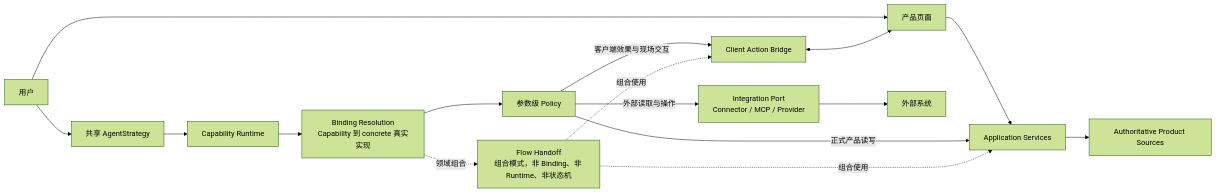
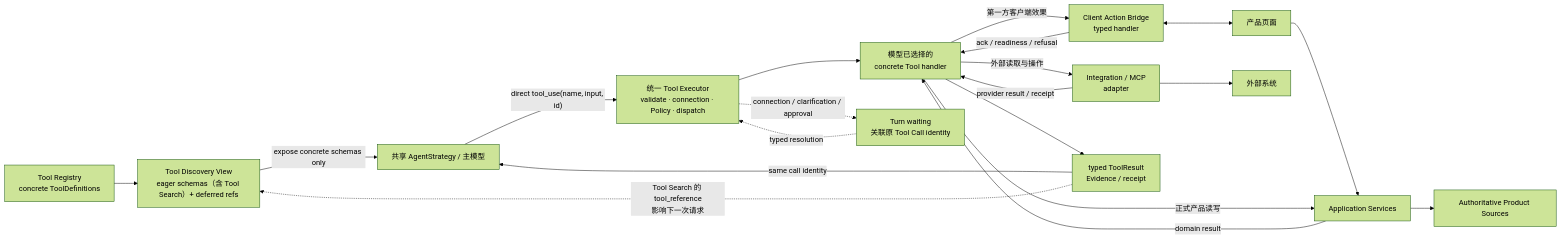
The third of 3 diagrams in docs/architecture/full-cycle-career-copilot.md (studyzhige-ui/Interview_Copilot), drawn with Mermaid (forest theme) before and after one commit. The commit also changed other lines of this file, not shown here.

Commit message:
docs: make tools the direct agent interface

````diff
--- a/docs/architecture/full-cycle-career-copilot.md
+++ b/docs/architecture/full-cycle-career-copilot.md
@@ -1235,22 +1235,26 @@
 ```mermaid
 flowchart LR
-    User["用户"] --> UI["产品页面"]
-    User --> Agent["共享 AgentStrategy"]
+    Registry["Tool Registry<br/>concrete ToolDefinitions"] --> Discovery["Tool Discovery View<br/>eager schemas（含 Tool Search）+ deferred refs"]
+    Discovery -->|"expose concrete schemas only"| Agent["共享 AgentStrategy / 主模型"]
+    Agent -->|"direct tool_use(name, input, id)"| Executor["统一 Tool Executor<br/>validate · connection · Policy · dispatch"]
+    Executor --> Handler["模型已选择的<br/>concrete Tool handler"]
 
-    Agent --> Runtime["Capability Runtime"]
-    Runtime --> Binding["Binding Resolution<br/>Capability 到 concrete 真实实现"]
-    Binding --> Policy["参数级 Policy"]
-
-    UI --> Services["Application Services"]
-    Policy -->|"正式产品读写"| Services
-    Policy -->|"客户端效果与现场交互"| Bridge["Client Action Bridge"]
-    Policy -->|"外部读取与操作"| Integration["Integration Port<br/>Connector / MCP / Provider"]
+    UI["产品页面"] --> Services["Application Services"]
+    Handler -->|"正式产品读写"| Services
+    Services -->|"domain result"| Handler
+    Handler -->|"第一方客户端效果"| Bridge["Client Action Bridge<br/>typed handler"]
+    Bridge -->|"ack / readiness / refusal"| Handler
+    Handler -->|"外部读取与操作"| Integration["Integration / MCP<br/>adapter"]
+    Integration -->|"provider result / receipt"| Handler
 
     Bridge <--> UI
     Services --> Sources["Authoritative Product Sources"]
     Integration --> External["外部系统"]
 
-    Binding -. "领域组合" .-> Handoff["Flow Handoff<br/>组合模式，非 Binding、非 Runtime、非状态机"]
-    Handoff -. "组合使用" .-> Services
-    Handoff -. "组合使用" .-> Bridge
+    Handler --> Result["typed ToolResult<br/>Evidence / receipt"]
+    Result -->|"same call identity"| Agent
+    Result -. "Tool Search 的 tool_reference<br/>影响下一次请求" .-> Discovery
+
+    Executor -. "connection / clarification / approval" .-> Waiting["Turn waiting<br/>关联原 Tool Call identity"]
+    Waiting -. "typed resolution" .-> Executor
 ```
````
